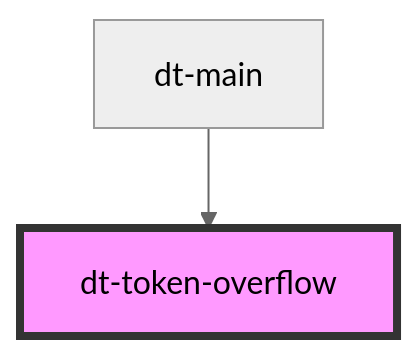
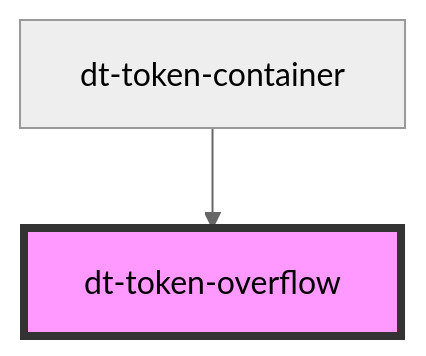
One commit to genexuslabs/design-tokens-editor changed the diagram in src/components/token-overflow/readme.md. Above: the diagram before and after it, drawn with Mermaid (neutral theme). The commit also changed other lines of this file and 33 other files, not shown here.

Commit message:
finish token-container code

````diff
--- a/src/components/token-overflow/readme.md
+++ b/src/components/token-overflow/readme.md
@@ -22,5 +22,5 @@
 ```mermaid
 graph TD;
-  dt-main --> dt-token-overflow
+  dt-token-container --> dt-token-overflow
   style dt-token-overflow fill:#f9f,stroke:#333,stroke-width:4px
 ```
````
